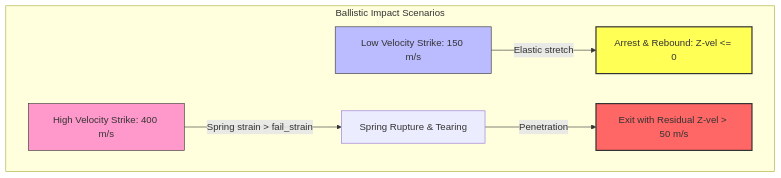
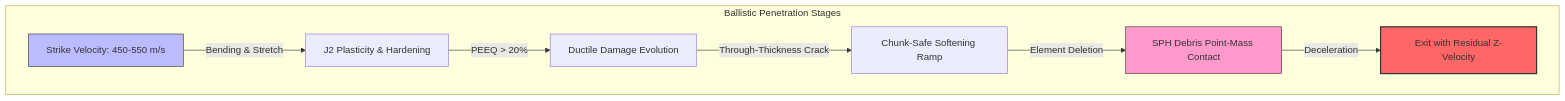
One commit to bennames/VibeDynaLITE changed the diagram in VibeDynaLITEWiki/Benchmark 8 - Ballistic Limit V50.md. Above: the diagram before and after it, drawn with Mermaid. The commit also changed other lines of this file and 5 other files, not shown here.

Commit message:
feat: implement volumetric bulk viscosity, chunk-safe softening, SPH contact scaling, and rescope benchmark 8

````diff
--- a/VibeDynaLITEWiki/Benchmark 8 - Ballistic Limit V50.md
+++ b/VibeDynaLITEWiki/Benchmark 8 - Ballistic Limit V50.md
@@ -16,12 +15,13 @@
 ```mermaid
 graph TD
-    subgraph Ballistic Impact Scenarios
-        v_low[Low Velocity Strike: 150 m/s] -->|Elastic stretch| arrest[Arrest & Rebound: Z-vel <= 0]
-        v_high[High Velocity Strike: 400 m/s] -->|Spring strain > fail_strain| tear[Spring Rupture & Tearing]
-        tear -->|Penetration| exit[Exit with Residual Z-vel > 50 m/s]
+    subgraph Ballistic Penetration Stages
+        impact[Strike Velocity: 450-550 m/s] -->|Bending & Stretch| plastic[J2 Plasticity & Hardening]
+        plastic -->|PEEQ > 20%| damage[Ductile Damage Evolution]
+        damage -->|Through-Thickness Crack| softening[Chunk-Safe Softening Ramp]
+        softening -->|Element Deletion| sph[SPH Debris Point-Mass Contact]
+        sph -->|Deceleration| exit[Exit with Residual Z-Velocity]
     end
-    style v_low fill:#bbf,stroke:#333,stroke-width:1px
-    style v_high fill:#f9c,stroke:#333,stroke-width:1px
-    style arrest fill:#ff5,stroke:#333,stroke-width:2px
+    style impact fill:#bbf,stroke:#333,stroke-width:1px
+    style sph fill:#f9c,stroke:#333,stroke-width:1px
     style exit fill:#f66,stroke:#333,stroke-width:2px
 ```
````
